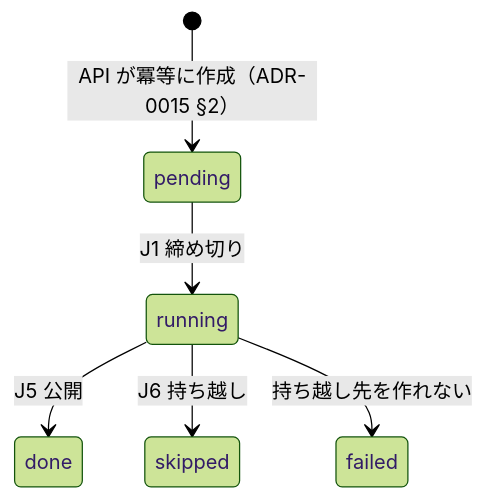
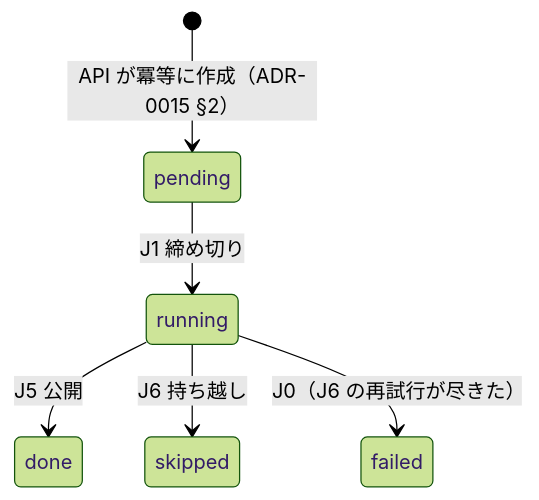
The diagram in .ai/async.md (BONUS-git/yuguregaoka-3chome), drawn with Mermaid (forest theme) before and after one commit. The commit also changed other lines of this file and 28 other files, not shown here.

````diff
--- a/.ai/async.md
+++ b/.ai/async.md
@@ -123,8 +123,8 @@
 ```mermaid
 stateDiagram-v2
     [*] --> pending : API が冪等に作成（ADR-0015 §2）
     pending --> running : J1 締め切り
     running --> done : J5 公開
     running --> skipped : J6 持ち越し
-    running --> failed : 持ち越し先を作れない
+    running --> failed : J0（J6 の再試行が尽きた）
 ```
````
